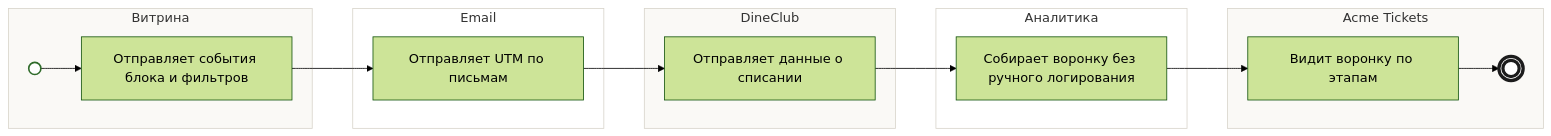
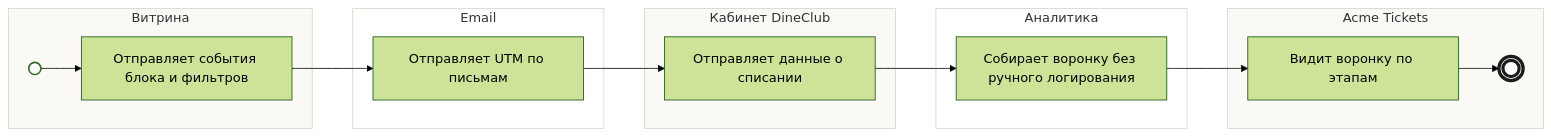
One commit to po-helper-org/poh-blueprint-writer changed the diagram in skills/bft-blueprint/examples/dineclub-restart-blueprint/backlog/tasks/bp-19.1 - Воронка-события-UTM-вебвизор.md. Above: the diagram before and after it, drawn with Mermaid (forest theme). The commit also changed other lines of this file and 32 other files, not shown here.

````diff
--- a/skills/bft-blueprint/examples/dineclub-restart-blueprint/backlog/tasks/bp-19.1 - Воронка-события-UTM-вебвизор.md
+++ b/skills/bft-blueprint/examples/dineclub-restart-blueprint/backlog/tasks/bp-19.1 - Воронка-события-UTM-вебвизор.md
@@ -40,37 +40,37 @@
 ```mermaid
 flowchart LR
   subgraph L1["Витрина"]
     S((" "))
     N1["Отправляет события блока и фильтров"]
   end
   subgraph L2["Email"]
     N2["Отправляет UTM по письмам"]
   end
-  subgraph L3["DineClub"]
+  subgraph L3["Кабинет DineClub"]
     N3["Отправляет данные о списании"]
   end
   subgraph L4["Аналитика"]
     N4["Собирает воронку без ручного логирования"]
   end
   subgraph L5["Acme Tickets"]
     N5["Видит воронку по этапам"]
     E(((" ")))
   end
   S --> N1
   N1 --> N2
   N2 --> N3
   N3 --> N4
   N4 --> N5
   N5 --> E
   classDef start fill:#fff,stroke:#2f6b2a,stroke-width:2px
   classDef stop fill:#fff,stroke:#1c1c1c,stroke-width:4px
   classDef gw fill:#fff8e6,stroke:#b7791f
   classDef ask color:#c0392b,stroke:#c0392b
   class S start
   class E stop
   style L1 fill:#faf9f6,stroke:#d8d4cb
   style L2 fill:#ffffff,stroke:#d8d4cb
   style L3 fill:#faf9f6,stroke:#d8d4cb
   style L4 fill:#ffffff,stroke:#d8d4cb
   style L5 fill:#faf9f6,stroke:#d8d4cb
 ```
````
